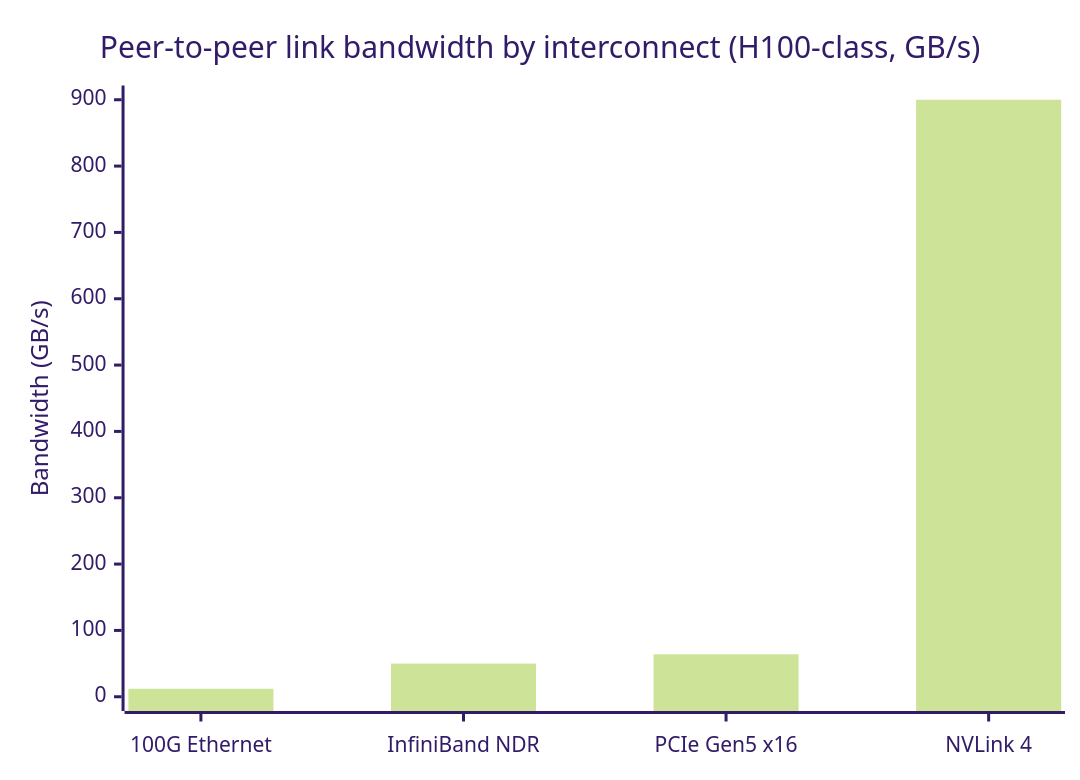
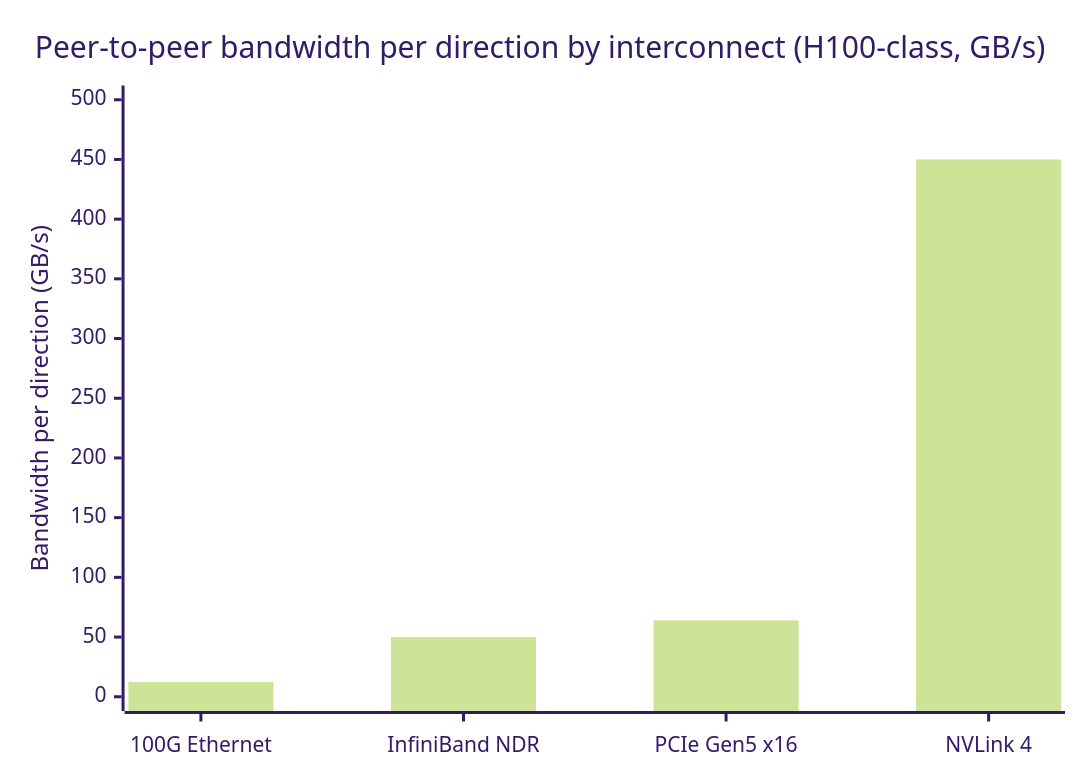
The first of 6 diagrams in src/main/java/com/rutik/systemdesign/cuda/multi_gpu_programming_and_nccl/multi_gpu_programming_and_nccl.md (rppol/system-design), drawn with Mermaid (forest theme) before and after one commit. The commit also changed other lines of this file and 3 other files, not shown here.

First line of the commit message:
audit(cuda): graphs, CDP, NCCL and tensor cores — a bandwidth comparison measured in two different units, and a module whose central rule stopped being true in cuBLAS 11

````diff
--- a/src/main/java/com/rutik/systemdesign/cuda/multi_gpu_programming_and_nccl/multi_gpu_programming_and_nccl.md
+++ b/src/main/java/com/rutik/systemdesign/cuda/multi_gpu_programming_and_nccl/multi_gpu_programming_and_nccl.md
@@ -59,7 +59,7 @@
 ```mermaid
 xychart-beta
-    title "Peer-to-peer link bandwidth by interconnect (H100-class, GB/s)"
+    title "Peer-to-peer bandwidth per direction by interconnect (H100-class, GB/s)"
     x-axis ["100G Ethernet", "InfiniBand NDR", "PCIe Gen5 x16", "NVLink 4"]
-    y-axis "Bandwidth (GB/s)" 0 --> 900
-    bar [12, 50, 64, 900]
+    y-axis "Bandwidth per direction (GB/s)" 0 --> 500
+    bar [12.5, 50, 64, 450]
 ```
````
